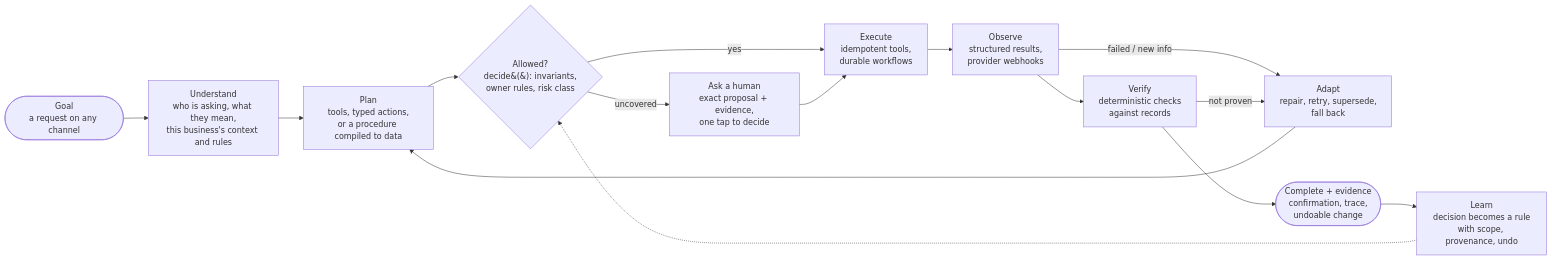
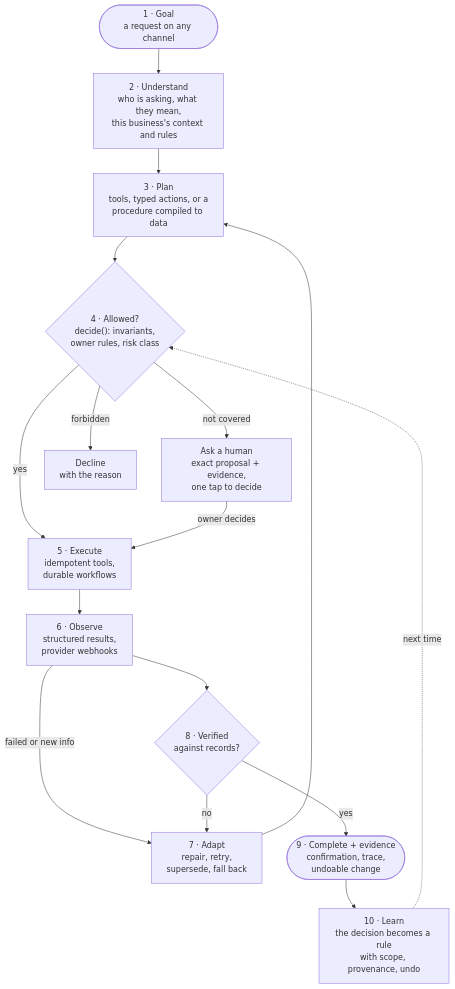
One commit to taha-sadikot-m/Reflexo.holoncode.in changed the third of 4 diagrams in README.md. Above: the diagram before and after it, drawn with Mermaid. The commit also changed other lines of this file and 2 other files, not shown here.

Commit message:
Docs: voice-and-chat and automation sections; clearer, validated diagrams

````diff
--- a/README.md
+++ b/README.md
@@ -21,17 +96,18 @@
 ```mermaid
-flowchart LR
-    G([Goal<br/>a request on any channel]) --> U[Understand<br/>who is asking, what they mean,<br/>this business's context and rules]
-    U --> P[Plan<br/>tools, typed actions,<br/>or a procedure compiled to data]
-    P --> D{Allowed?<br/>decide&#40;&#41;: invariants,<br/>owner rules, risk class}
-    D -->|yes| E[Execute<br/>idempotent tools,<br/>durable workflows]
-    D -->|uncovered| H[Ask a human<br/>exact proposal + evidence,<br/>one tap to decide]
-    H --> E
-    E --> O[Observe<br/>structured results,<br/>provider webhooks]
-    O -->|failed / new info| A[Adapt<br/>repair, retry, supersede,<br/>fall back]
+flowchart TB
+    G(["1 · Goal<br/>a request on any channel"]) --> U["2 · Understand<br/>who is asking, what they mean,<br/>this business's context and rules"]
+    U --> P["3 · Plan<br/>tools, typed actions, or a<br/>procedure compiled to data"]
+    P --> D{"4 · Allowed?<br/>decide(): invariants,<br/>owner rules, risk class"}
+    D -- "yes" --> E["5 · Execute<br/>idempotent tools,<br/>durable workflows"]
+    D -- "not covered" --> H["Ask a human<br/>exact proposal + evidence,<br/>one tap to decide"]
+    D -- "forbidden" --> X["Decline<br/>with the reason"]
+    H -- "owner decides" --> E
+    E --> O["6 · Observe<br/>structured results,<br/>provider webhooks"]
+    O -- "failed or new info" --> A["7 · Adapt<br/>repair, retry,<br/>supersede, fall back"]
     A --> P
-    O --> V[Verify<br/>deterministic checks<br/>against records]
-    V -->|not proven| A
-    V --> C([Complete + evidence<br/>confirmation, trace,<br/>undoable change])
-    C --> L[Learn<br/>decision becomes a rule<br/>with scope, provenance, undo]
-    L -.-> D
+    O --> V{"8 · Verified<br/>against records?"}
+    V -- "no" --> A
+    V -- "yes" --> C(["9 · Complete + evidence<br/>confirmation, trace,<br/>undoable change"])
+    C --> L["10 · Learn<br/>the decision becomes a rule<br/>with scope, provenance, undo"]
+    L -. "next time" .-> D
 ```
````
